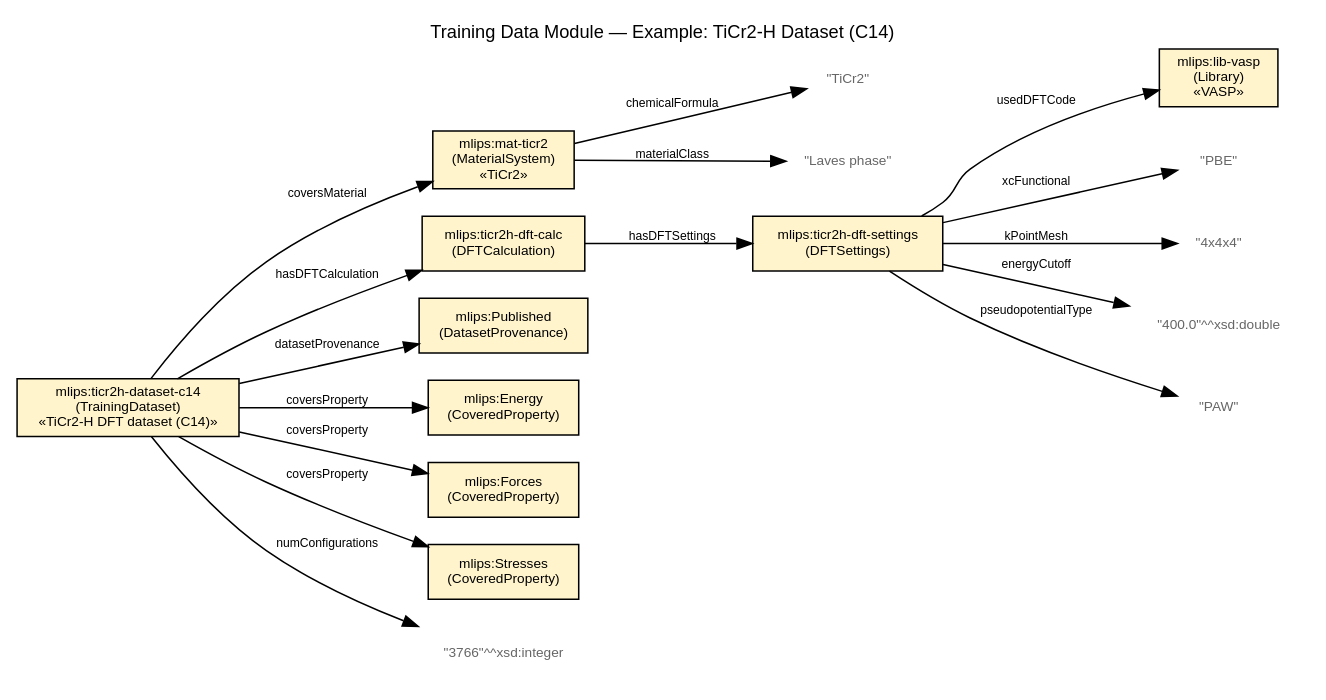
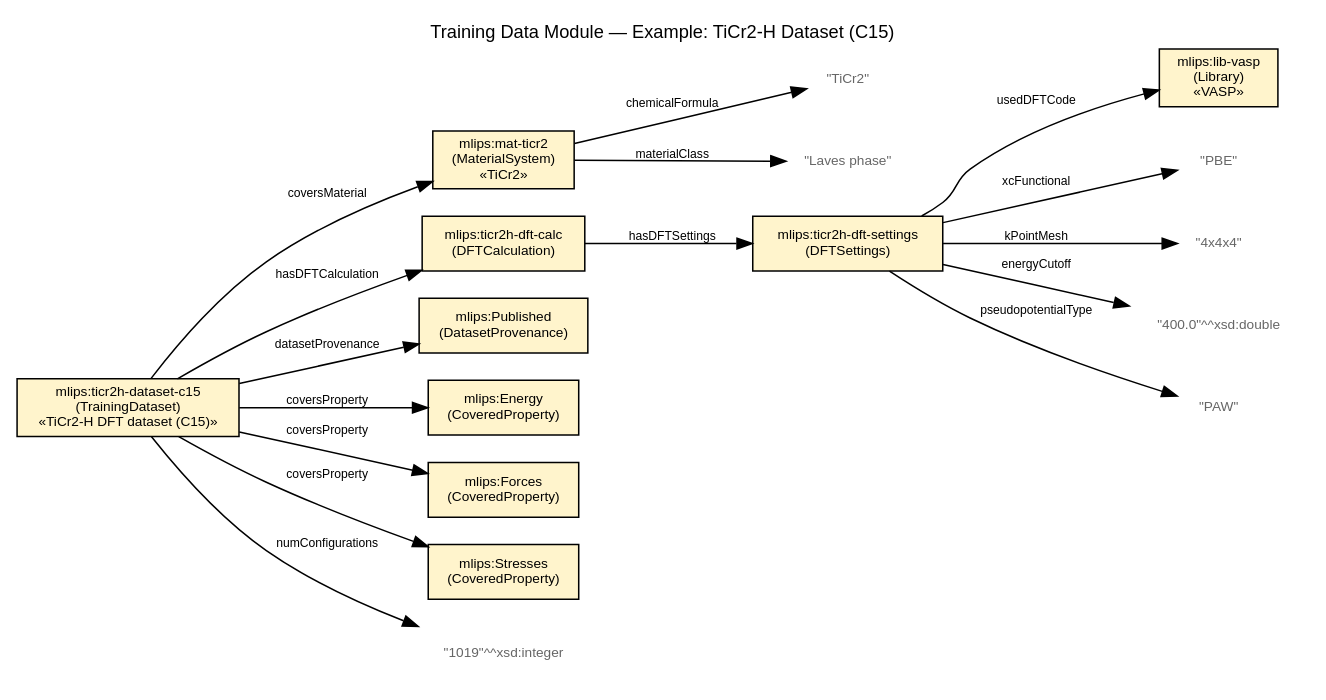
The diagram in artifacts/figures/mlips-training-data-example.dot (danielhz/mlips-ontology), drawn with Graphviz before and after one commit. The commit also changed 11 other files, not shown here.

First line of the commit message:
Switch running example from C14 hexagonal to C15 cubic (Fig. 1 consistency)

```diff
--- a/artifacts/figures/mlips-training-data-example.dot
+++ b/artifacts/figures/mlips-training-data-example.dot
@@ -1,41 +1,41 @@
 digraph mlips_training_example {
 rankdir=LR;
 fontname="Helvetica";
 fontsize=10;
 node [fontname="Helvetica", fontsize=9];
 edge [fontname="Helvetica", fontsize=8];
 
-  label="Training Data Module — Example: TiCr2-H Dataset (C14)";
+  label="Training Data Module — Example: TiCr2-H Dataset (C15)";
   labelloc=t; fontsize=12;
-  ds [label="mlips:ticr2h-dataset-c14\n(TrainingDataset)\n«TiCr2-H DFT dataset (C14)»", shape=box, style="filled", fillcolor="#fff4cc"];
+  ds [label="mlips:ticr2h-dataset-c15\n(TrainingDataset)\n«TiCr2-H DFT dataset (C15)»", shape=box, style="filled", fillcolor="#fff4cc"];
   mat [label="mlips:mat-ticr2\n(MaterialSystem)\n«TiCr2»", shape=box, style="filled", fillcolor="#fff4cc"];
   calc [label="mlips:ticr2h-dft-calc\n(DFTCalculation)", shape=box, style="filled", fillcolor="#fff4cc"];
   settings [label="mlips:ticr2h-dft-settings\n(DFTSettings)", shape=box, style="filled", fillcolor="#fff4cc"];
   vasp [label="mlips:lib-vasp\n(Library)\n«VASP»", shape=box, style="filled", fillcolor="#fff4cc"];
   prov [label="mlips:Published\n(DatasetProvenance)", shape=box, style="filled", fillcolor="#fff4cc"];
   prop_e [label="mlips:Energy\n(CoveredProperty)", shape=box, style="filled", fillcolor="#fff4cc"];
   prop_f [label="mlips:Forces\n(CoveredProperty)", shape=box, style="filled", fillcolor="#fff4cc"];
   prop_s [label="mlips:Stresses\n(CoveredProperty)", shape=box, style="filled", fillcolor="#fff4cc"];
-  l_nconf [label="\"3766\"^^xsd:integer", shape=plaintext, fontcolor="#666666"];
+  l_nconf [label="\"1019\"^^xsd:integer", shape=plaintext, fontcolor="#666666"];
   l_xc [label="\"PBE\"", shape=plaintext, fontcolor="#666666"];
   l_kpt [label="\"4x4x4\"", shape=plaintext, fontcolor="#666666"];
   l_ecut [label="\"400.0\"^^xsd:double", shape=plaintext, fontcolor="#666666"];
   l_pp [label="\"PAW\"", shape=plaintext, fontcolor="#666666"];
   l_formula [label="\"TiCr2\"", shape=plaintext, fontcolor="#666666"];
   l_class [label="\"Laves phase\"", shape=plaintext, fontcolor="#666666"];
   ds -> mat [label="coversMaterial"];
   ds -> calc [label="hasDFTCalculation"];
   ds -> prov [label="datasetProvenance"];
   ds -> prop_e [label="coversProperty"];
   ds -> prop_f [label="coversProperty"];
   ds -> prop_s [label="coversProperty"];
   ds -> l_nconf [label="numConfigurations"];
   calc -> settings [label="hasDFTSettings"];
   settings -> vasp [label="usedDFTCode"];
   settings -> l_xc [label="xcFunctional"];
   settings -> l_kpt [label="kPointMesh"];
   settings -> l_ecut [label="energyCutoff"];
   settings -> l_pp [label="pseudopotentialType"];
   mat -> l_formula [label="chemicalFormula"];
   mat -> l_class [label="materialClass"];
 }
```
